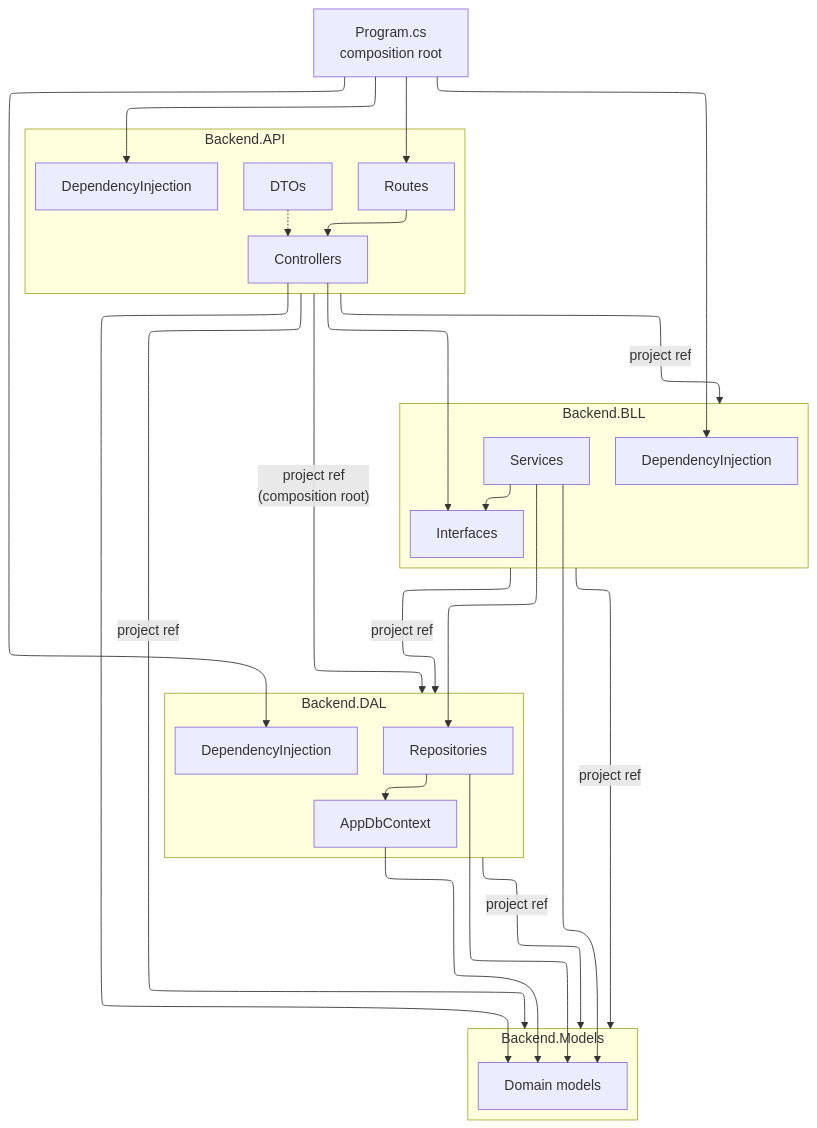
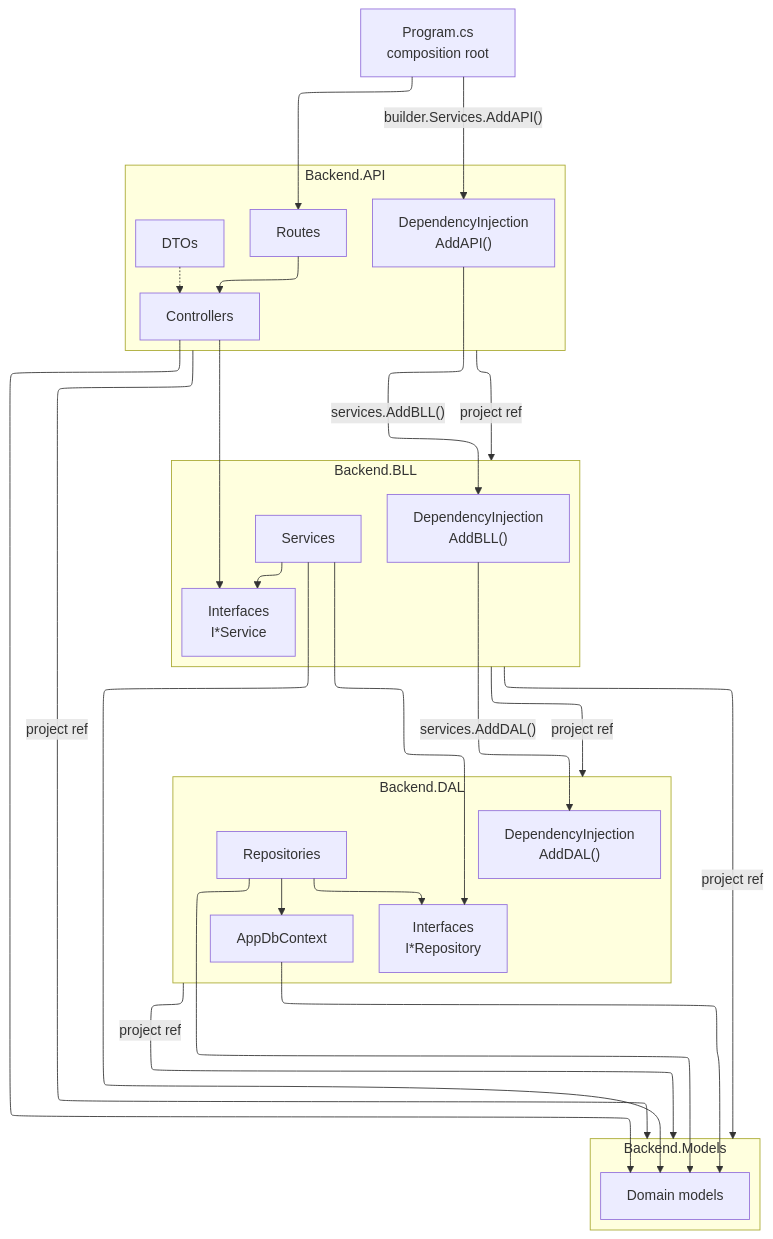
One commit to floalzaix/AlfredBackend changed the diagram in Documentation/Dependencies.md. Above: the diagram before and after it, drawn with Mermaid. The commit also changed 7 other files, not shown here.

````diff
--- a/Documentation/Dependencies.md
+++ b/Documentation/Dependencies.md
@@ -1,57 +1,58 @@
 ```mermaid
 ---
 config:
   theme: default
   look: classic
   layout: elk
 ---
 flowchart TB
     subgraph API["Backend.API"]
         Routes["Routes"]
         Controllers["Controllers"]
         DTOs["DTOs"]
-        ApiDI["DependencyInjection"]
+        ApiDI["DependencyInjection<br/>AddAPI()"]
     end
 
     subgraph BLL["Backend.BLL"]
-        Interfaces["Interfaces"]
+        ServiceInterfaces["Interfaces<br/>I*Service"]
         Services["Services"]
-        BllDI["DependencyInjection"]
+        BllDI["DependencyInjection<br/>AddBLL()"]
     end
 
     subgraph DAL["Backend.DAL"]
+        RepoInterfaces["Interfaces<br/>I*Repository"]
         Repositories["Repositories"]
         DbContext["AppDbContext"]
-        DalDI["DependencyInjection"]
+        DalDI["DependencyInjection<br/>AddDAL()"]
     end
 
     subgraph Models["Backend.Models"]
         DomainModels["Domain models"]
     end
 
     Program["Program.cs<br/>composition root"]
 
-    Program --> ApiDI
-    Program --> BllDI
-    Program --> DalDI
+    Program -->|"builder.Services.AddAPI()"| ApiDI
+    ApiDI -->|"services.AddBLL()"| BllDI
+    BllDI -->|"services.AddDAL()"| DalDI
     Program --> Routes
 
     Routes --> Controllers
-    Controllers --> Interfaces
-    Services --> Interfaces
-    Services --> Repositories
+    Controllers --> ServiceInterfaces
+    Services --> ServiceInterfaces
+    Services --> RepoInterfaces
+    Repositories --> RepoInterfaces
     Repositories --> DbContext
 
     Controllers --> DomainModels
     Services --> DomainModels
     Repositories --> DomainModels
     DbContext --> DomainModels
     DTOs -.-> Controllers
 
     API -->|"project ref"| BLL
-    API -->|"project ref<br/>(composition root)"| DAL
     API -->|"project ref"| Models
     BLL -->|"project ref"| DAL
     BLL -->|"project ref"| Models
     DAL -->|"project ref"| Models
 ```
````
